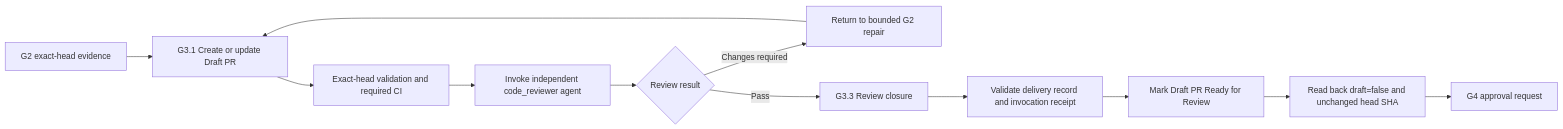
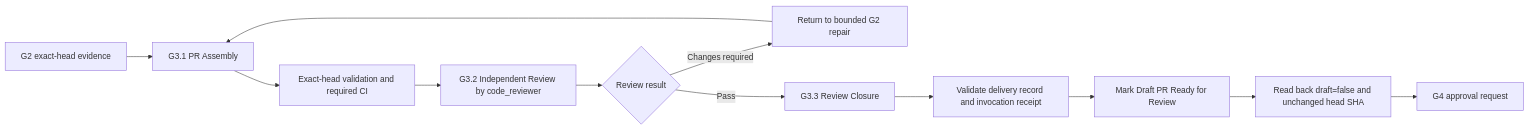
Before and after one commit to nhatnguyenquang1838-coder/gwc: the diagram in skills/gwc-g3/SKILL.md, drawn with Mermaid. The commit also changed other lines of this file, not shown here.

````diff
--- a/skills/gwc-g3/SKILL.md
+++ b/skills/gwc-g3/SKILL.md
@@ -32,14 +32,14 @@
 ```mermaid
 flowchart LR
-    A[G2 exact-head evidence] --> B[G3.1 Create or update Draft PR]
+    A[G2 exact-head evidence] --> B[G3.1 PR Assembly]
     B --> C[Exact-head validation and required CI]
-    C --> D[Invoke independent code_reviewer agent]
+    C --> D[G3.2 Independent Review by code_reviewer]
     D --> E{Review result}
     E -- Changes required --> F[Return to bounded G2 repair]
     F --> B
-    E -- Pass --> G[G3.3 Review closure]
+    E -- Pass --> G[G3.3 Review Closure]
     G --> H[Validate delivery record and invocation receipt]
     H --> I[Mark Draft PR Ready for Review]
     I --> J[Read back draft=false and unchanged head SHA]
     J --> K[G4 approval request]
 ```
````
